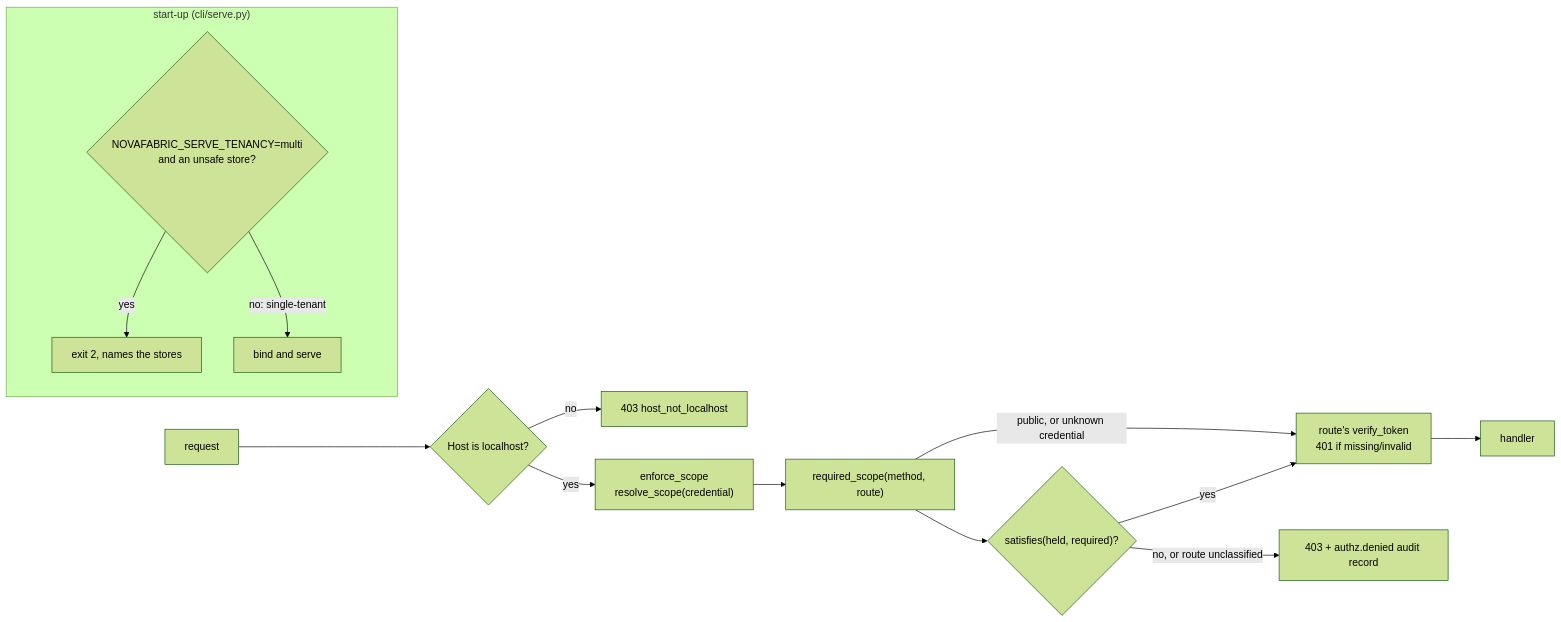
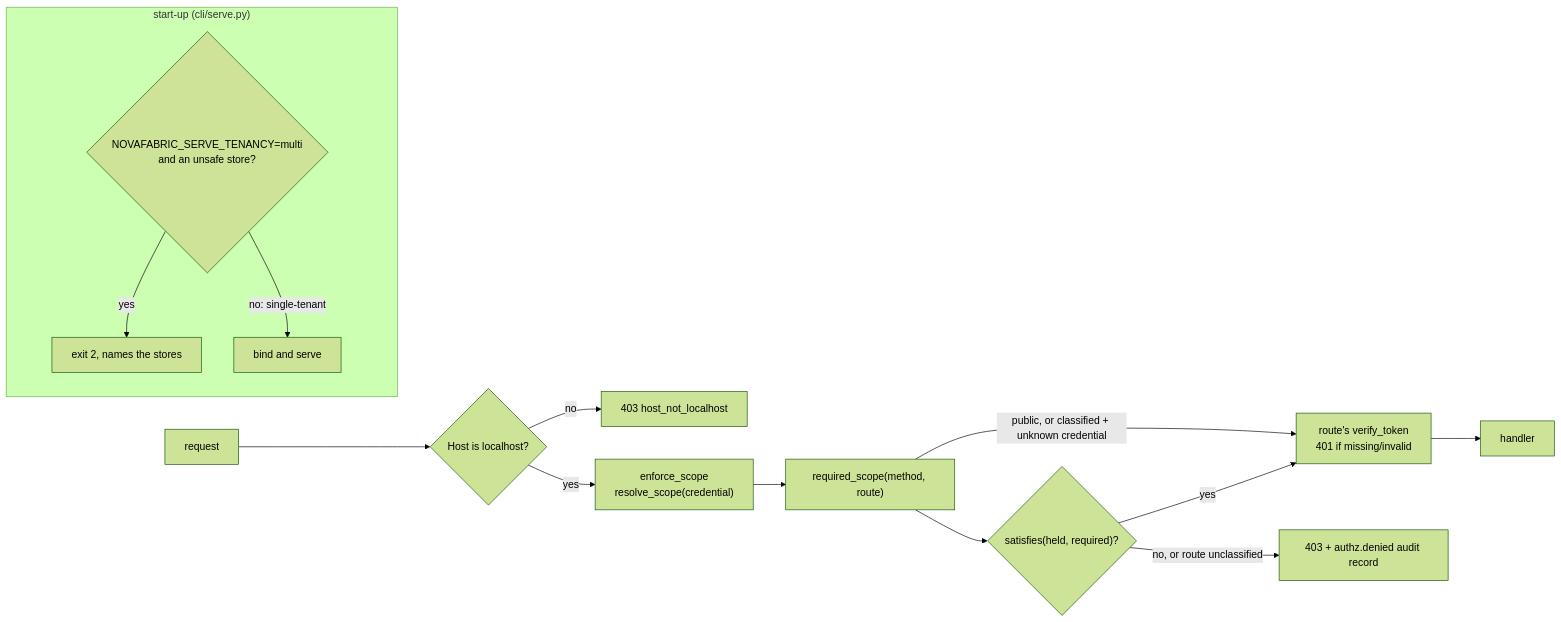
The diagram in docs/architecture/serve-request-path.md (MSKazemi/novafabric), drawn with Mermaid (forest theme) before and after one commit. The commit also changed other lines of this file and 31 other files, not shown here.

````diff
--- a/docs/architecture/serve-request-path.md
+++ b/docs/architecture/serve-request-path.md
@@ -18,16 +18,16 @@
 ```mermaid
 flowchart LR
     subgraph boot["start-up (cli/serve.py)"]
         T{"NOVAFABRIC_SERVE_TENANCY=multi<br/>and an unsafe store?"} -->|yes| X["exit 2, names the stores"]
         T -->|no: single-tenant| OK["bind and serve"]
     end
     C["request"] --> H{"Host is localhost?"}
     H -->|no| H403["403 host_not_localhost"]
     H -->|yes| R["enforce_scope<br/>resolve_scope(credential)"]
     R --> Q["required_scope(method, route)"]
-    Q -->|public, or unknown credential| V["route's verify_token<br/>401 if missing/invalid"]
+    Q -->|"public, or classified + unknown credential"| V["route's verify_token<br/>401 if missing/invalid"]
     Q --> S{"satisfies(held, required)?"}
     S -->|"no, or route unclassified"| D["403 + authz.denied audit record"]
     S -->|yes| V
     V --> E["handler"]
 ```
````
